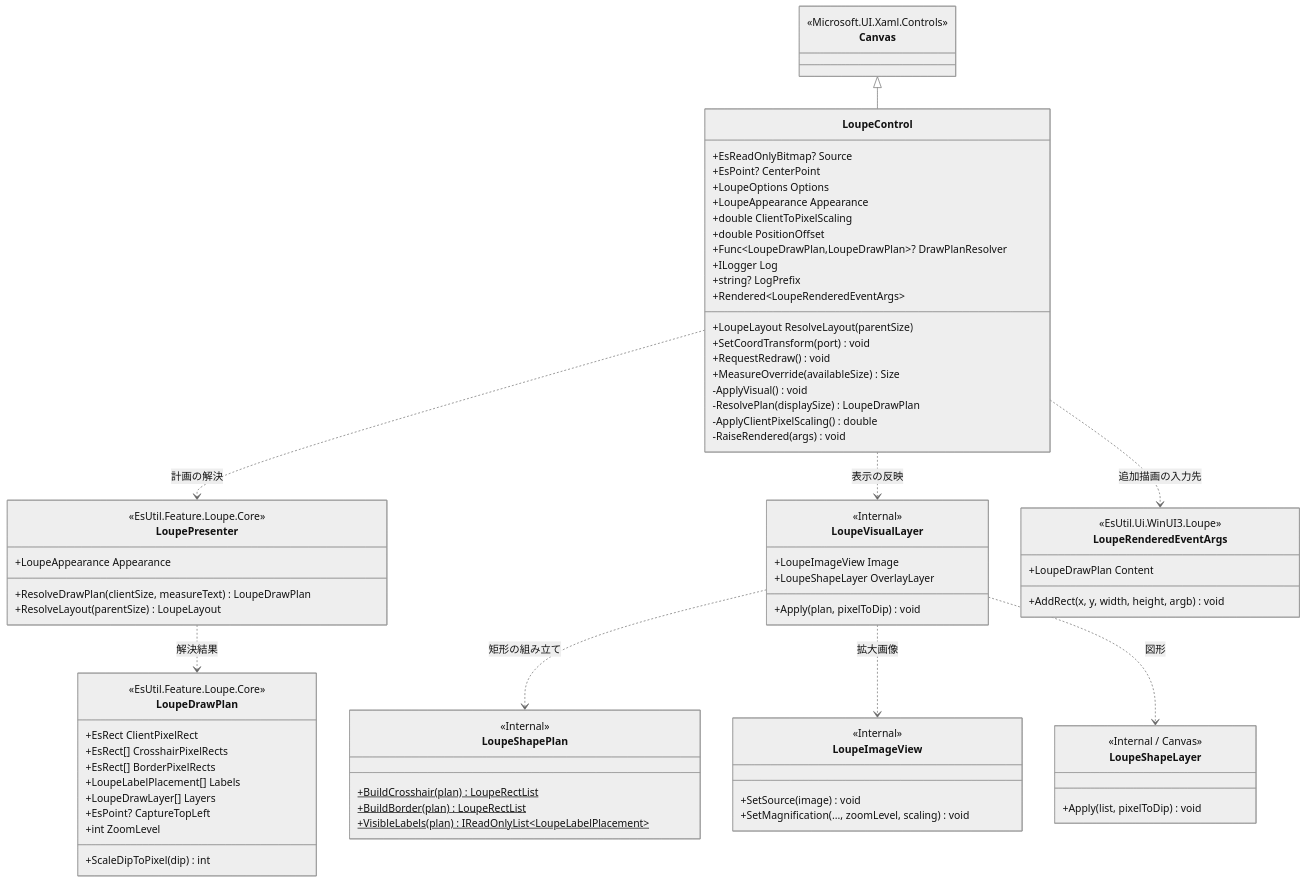
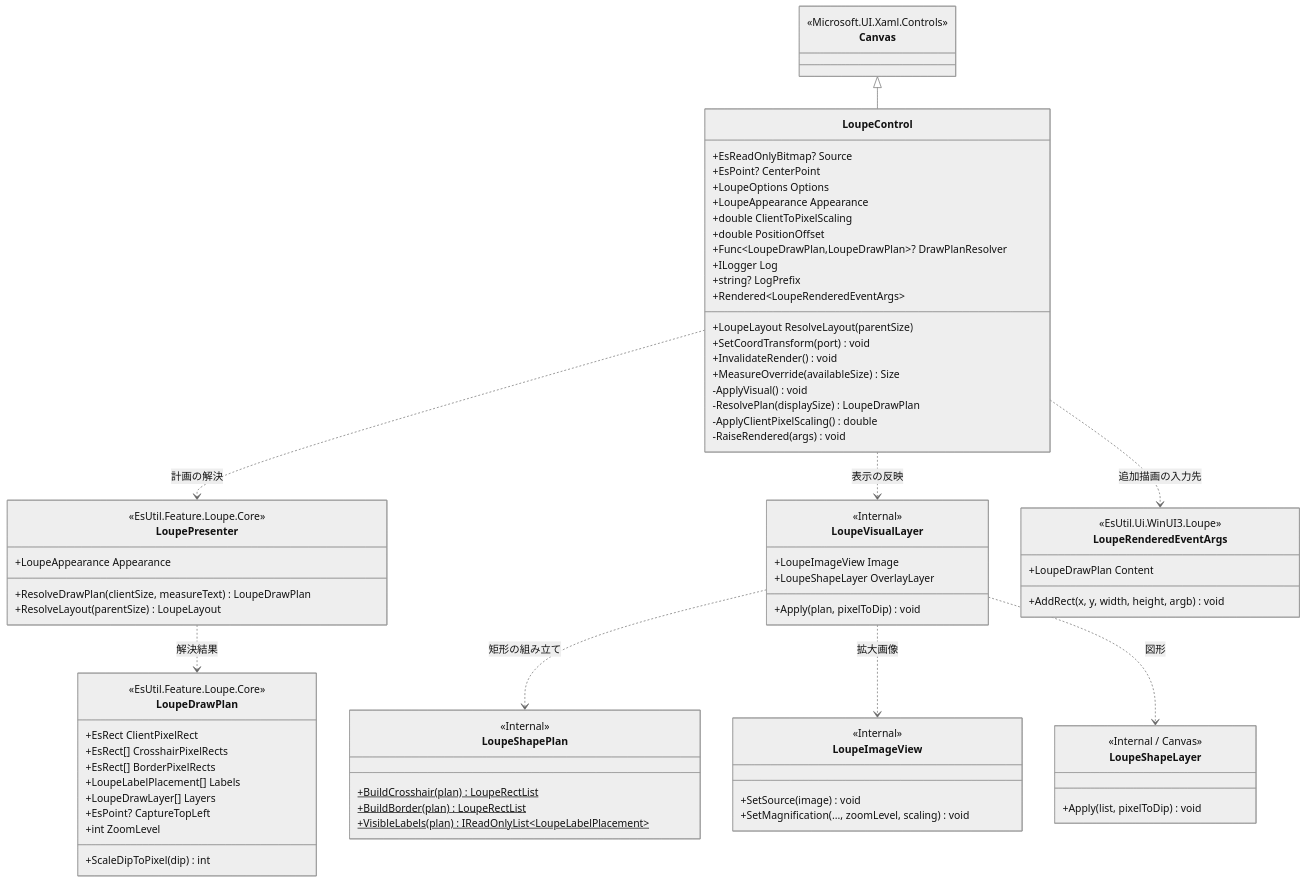
The first of 2 diagrams in EsUtil.Ui.WinUI3/Loupe/docs/SPEC_System.md (tomokuni/EsUtil), drawn with Mermaid (neutral theme) before and after one commit. The commit also changed 26 other files, not shown here.

First line of the commit message:
再描画要求の名前を 4 UI で InvalidateRender に揃え、Loupe の入口を揃える

````diff
--- a/EsUtil.Ui.WinUI3/Loupe/docs/SPEC_System.md
+++ b/EsUtil.Ui.WinUI3/Loupe/docs/SPEC_System.md
@@ -110,77 +110,77 @@
 ```mermaid
 classDiagram
     class Canvas {
         <<Microsoft.UI.Xaml.Controls>>
     }
     class LoupeControl {
         +EsReadOnlyBitmap? Source
         +EsPoint? CenterPoint
         +LoupeOptions Options
         +LoupeAppearance Appearance
         +double ClientToPixelScaling
         +double PositionOffset
         +Func~LoupeDrawPlan,LoupeDrawPlan~? DrawPlanResolver
         +ILogger Log
         +string? LogPrefix
         +LoupeLayout ResolveLayout(parentSize)
         +SetCoordTransform(port) void
-        +RequestRedraw() void
+        +InvalidateRender() void
         +Rendered~LoupeRenderedEventArgs~
         +MeasureOverride(availableSize) Size
         -ApplyVisual() void
         -ResolvePlan(displaySize) LoupeDrawPlan
         -ApplyClientPixelScaling() double
         -RaiseRendered(args) void
     }
     class LoupePresenter {
         <<EsUtil.Feature.Loupe.Core>>
         +LoupeAppearance Appearance
         +ResolveDrawPlan(clientSize, measureText) LoupeDrawPlan
         +ResolveLayout(parentSize) LoupeLayout
     }
     class LoupeDrawPlan {
         <<EsUtil.Feature.Loupe.Core>>
         +EsRect ClientPixelRect
         +EsRect[] CrosshairPixelRects
         +EsRect[] BorderPixelRects
         +LoupeLabelPlacement[] Labels
         +LoupeDrawLayer[] Layers
         +EsPoint? CaptureTopLeft
         +int ZoomLevel
         +ScaleDipToPixel(dip) int
     }
     class LoupeVisualLayer {
         <<Internal>>
         +Apply(plan, pixelToDip) void
         +LoupeImageView Image
         +LoupeShapeLayer OverlayLayer
     }
     class LoupeShapePlan {
         <<Internal>>
         +BuildCrosshair(plan) LoupeRectList$
         +BuildBorder(plan) LoupeRectList$
         +VisibleLabels(plan) IReadOnlyList~LoupeLabelPlacement~$
     }
     class LoupeImageView {
         <<Internal>>
         +SetSource(image) void
         +SetMagnification(..., zoomLevel, scaling) void
     }
     class LoupeShapeLayer {
         <<Internal / Canvas>>
         +Apply(list, pixelToDip) void
     }
     class LoupeRenderedEventArgs {
         <<EsUtil.Ui.WinUI3.Loupe>>
         +AddRect(x, y, width, height, argb) void
         +LoupeDrawPlan Content
     }
     Canvas <|-- LoupeControl
     LoupeControl ..> LoupePresenter : 計画の解決
     LoupeControl ..> LoupeVisualLayer : 表示の反映
     LoupeVisualLayer ..> LoupeShapePlan : 矩形の組み立て
     LoupeVisualLayer ..> LoupeImageView : 拡大画像
     LoupeVisualLayer ..> LoupeShapeLayer : 図形
     LoupePresenter ..> LoupeDrawPlan : 解決結果
     LoupeControl ..> LoupeRenderedEventArgs : 追加描画の入力先
 ```
````
